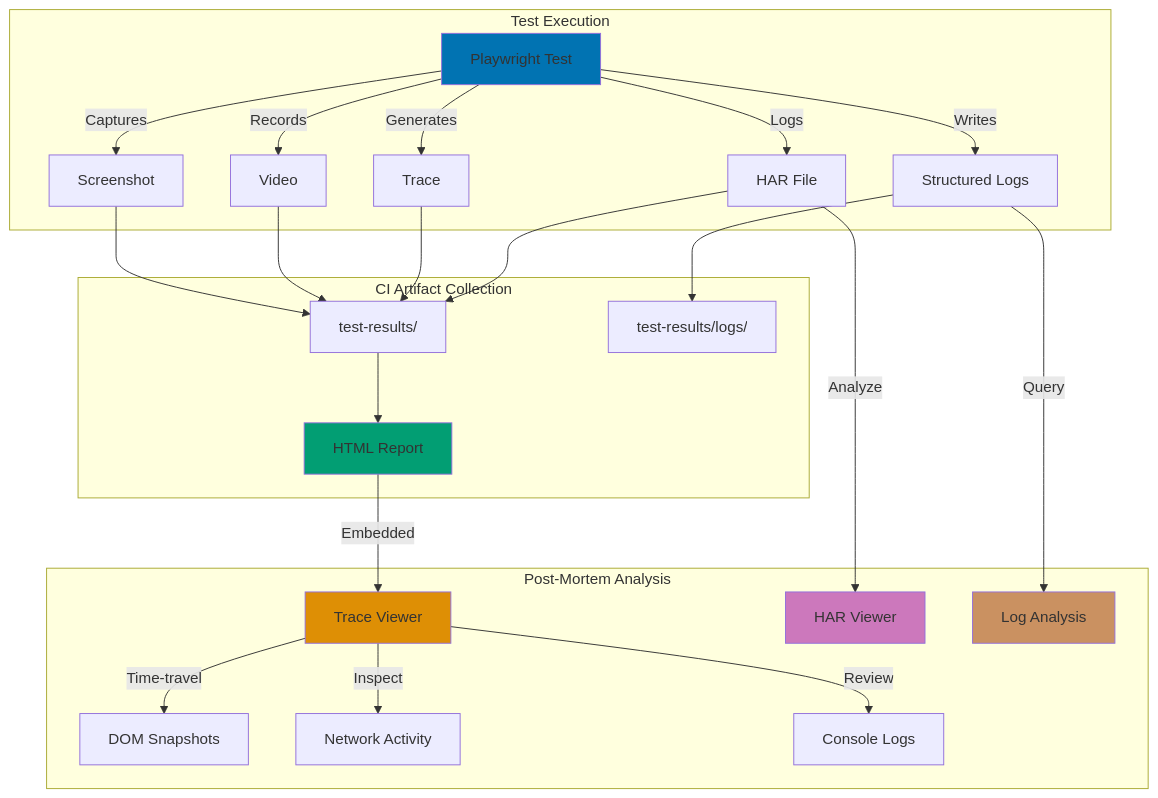
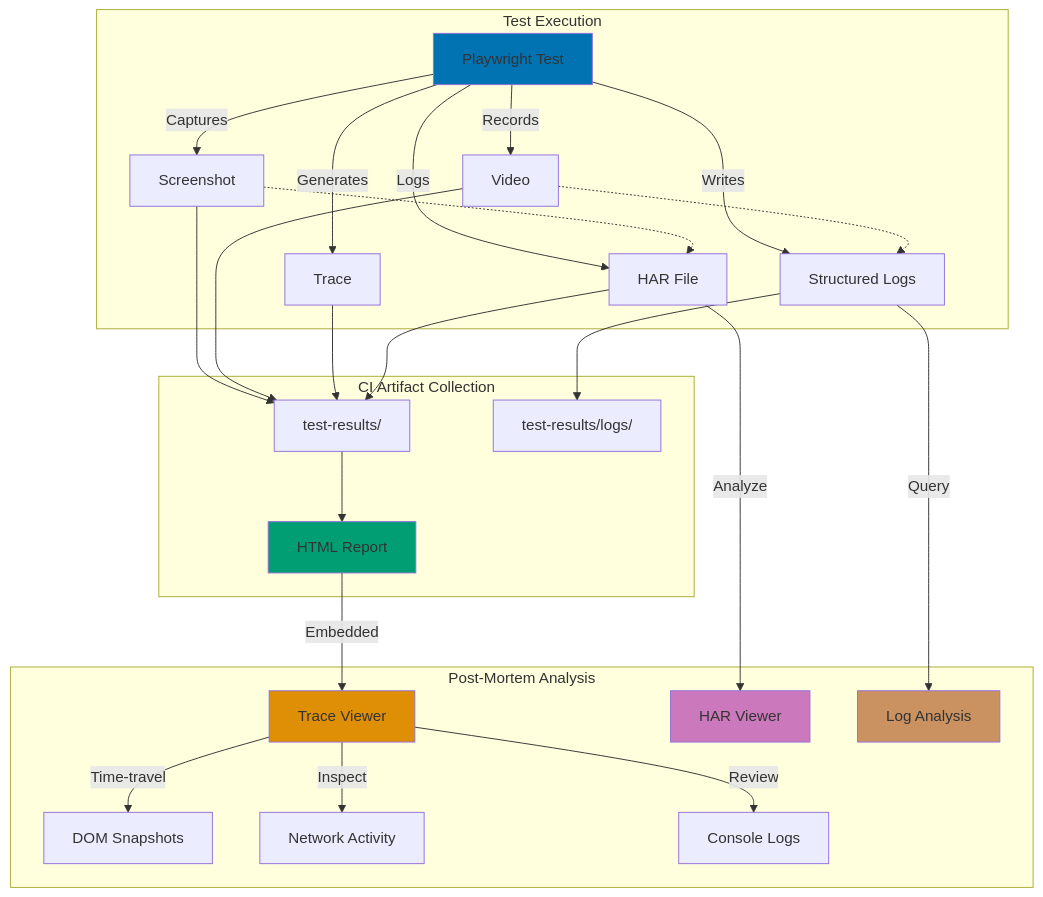
Before and after one commit to wahidyankf/baseerah: the diagram in apps/ayokoding-www/content/en/learn/software-engineering/automation-testing/tools/playwright/in-the-field/debugging-production.md, drawn with Mermaid. The commit also changed 88 other files, not shown here.

First line of the commit message:
fix(ayokoding-www): resolve pre-existing Mermaid violations, exclude fixtures/plans-done

````diff
--- a/apps/ayokoding-www/content/en/learn/software-engineering/automation-testing/tools/playwright/in-the-field/debugging-production.md
+++ b/apps/ayokoding-www/content/en/learn/software-engineering/automation-testing/tools/playwright/in-the-field/debugging-production.md
@@ -742,34 +742,36 @@
 ```mermaid
 graph TB
     subgraph "Test Execution"
         A[Playwright Test] -->|Captures| B[Screenshot]
         A -->|Records| C[Video]
         A -->|Generates| D[Trace]
         A -->|Logs| E[HAR File]
         A -->|Writes| F[Structured Logs]
+        B -.-> E
+        C -.-> F
     end
 
     subgraph "CI Artifact Collection"
         B --> G[test-results/]
         C --> G
         D --> G
         E --> G
         F --> H[test-results/logs/]
         G --> I[HTML Report]
     end
 
     subgraph "Post-Mortem Analysis"
         I -->|Embedded| J[Trace Viewer]
         J -->|Time-travel| K[DOM Snapshots]
         J -->|Inspect| L[Network Activity]
         J -->|Review| M[Console Logs]
         E -->|Analyze| N[HAR Viewer]
         F -->|Query| O[Log Analysis]
     end
 
     style A fill:#0173B2
     style I fill:#029E73
     style J fill:#DE8F05
     style N fill:#CC78BC
     style O fill:#CA9161
 ```
````
